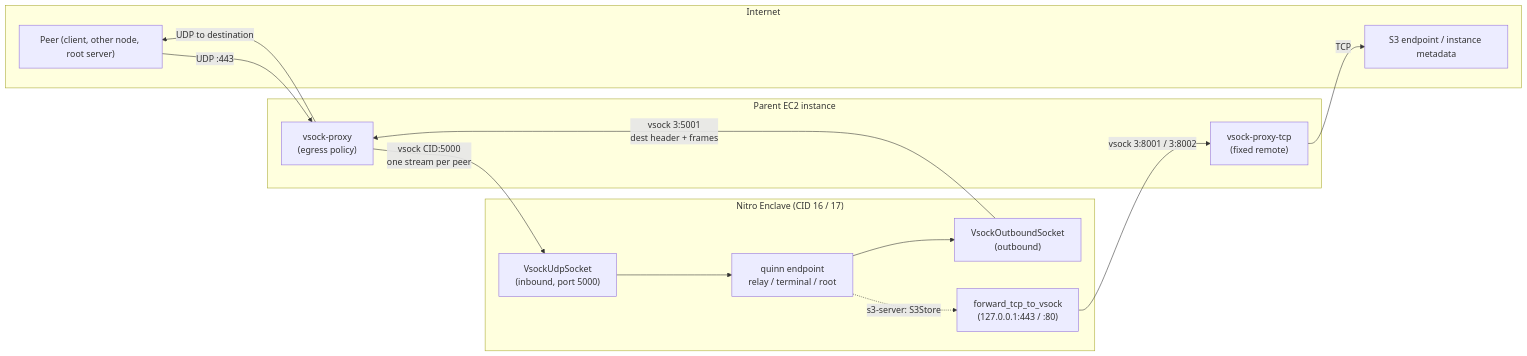
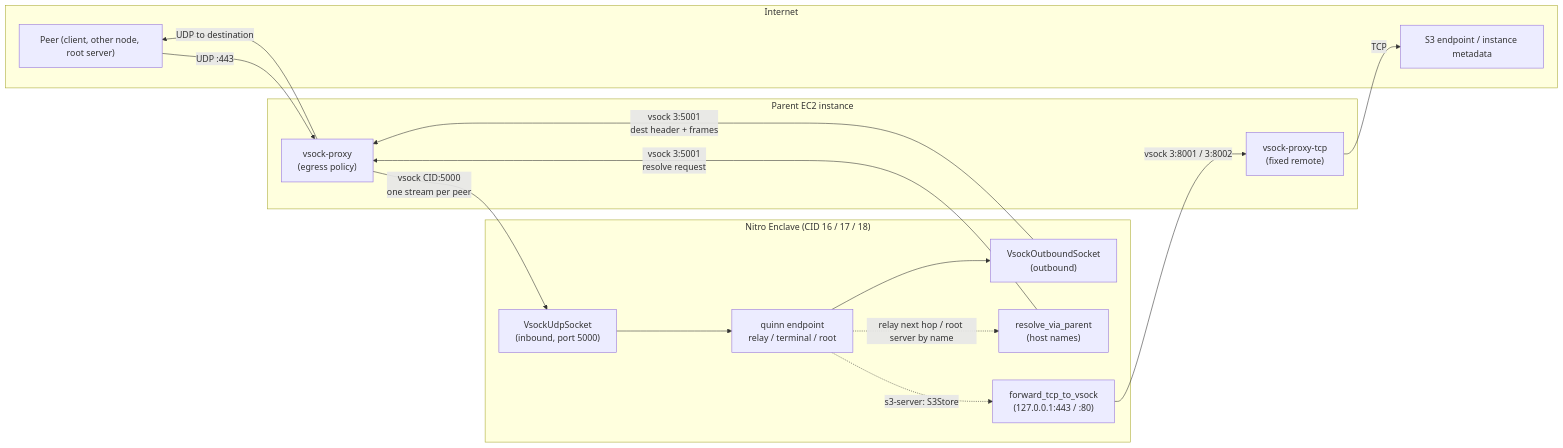
The tenth of 11 diagrams in docs/src/ARCHITECTURE.md (Lanetus/TTKServer), drawn with Mermaid before and after one commit. The commit also changed other lines of this file and 6 other files, not shown here.

First line of the commit message:
fix: update the mdBook architecture docs to v6.5.0 (#103)

````diff
--- a/docs/src/ARCHITECTURE.md
+++ b/docs/src/ARCHITECTURE.md
@@ -519,29 +535,32 @@
 ```mermaid
 flowchart LR
     subgraph Internet
         P["Peer (client, other node, root server)"]
         S3["S3 endpoint / instance metadata"]
     end
 
     subgraph Parent["Parent EC2 instance"]
         VP["vsock-proxy<br/>(egress policy)"]
         VT["vsock-proxy-tcp<br/>(fixed remote)"]
     end
 
-    subgraph Enclave["Nitro Enclave (CID 16 / 17)"]
+    subgraph Enclave["Nitro Enclave (CID 16 / 17 / 18)"]
         IN["VsockUdpSocket<br/>(inbound, port 5000)"]
         OUT["VsockOutboundSocket<br/>(outbound)"]
+        DNS["resolve_via_parent<br/>(host names)"]
         Node["quinn endpoint<br/>relay / terminal / root"]
         TCP["forward_tcp_to_vsock<br/>(127.0.0.1:443 / :80)"]
     end
 
     P -- "UDP :443" --> VP
     VP -- "vsock CID:5000<br/>one stream per peer" --> IN
     IN --> Node
     Node --> OUT
     OUT -- "vsock 3:5001<br/>dest header + frames" --> VP
+    Node -. "relay next hop / root server by name" .-> DNS
+    DNS -- "vsock 3:5001<br/>resolve request" --> VP
     VP -- "UDP to destination" --> P
     Node -. "s3-server: S3Store" .-> TCP
     TCP -- "vsock 3:8001 / 3:8002" --> VT
     VT -- "TCP" --> S3
 ```
````
